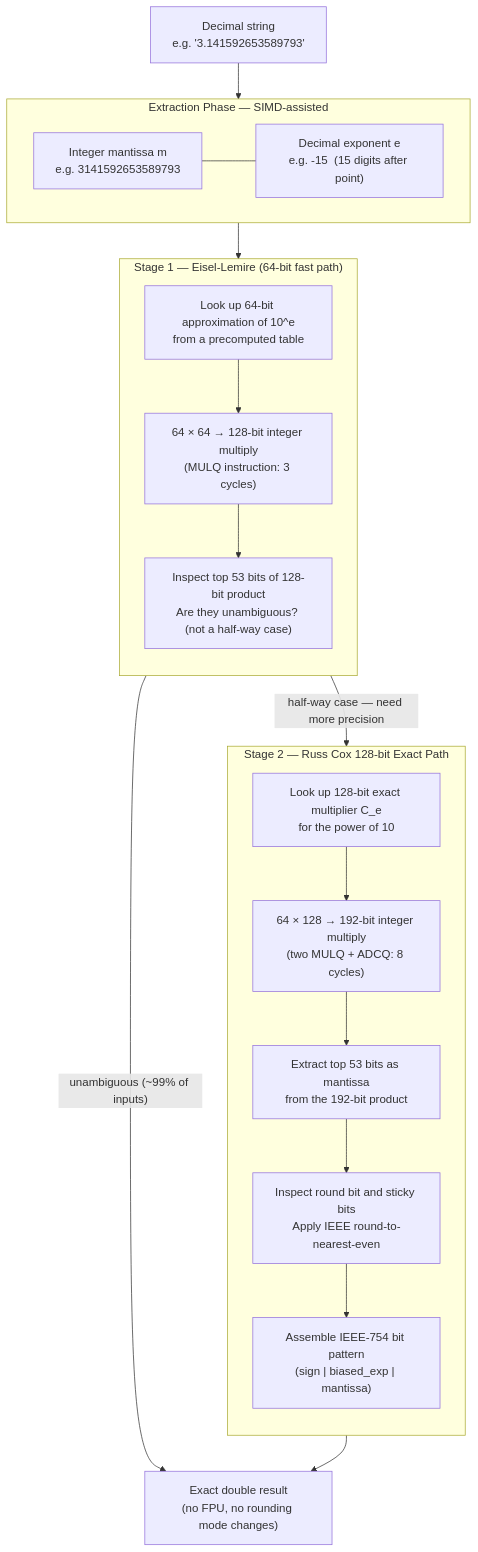
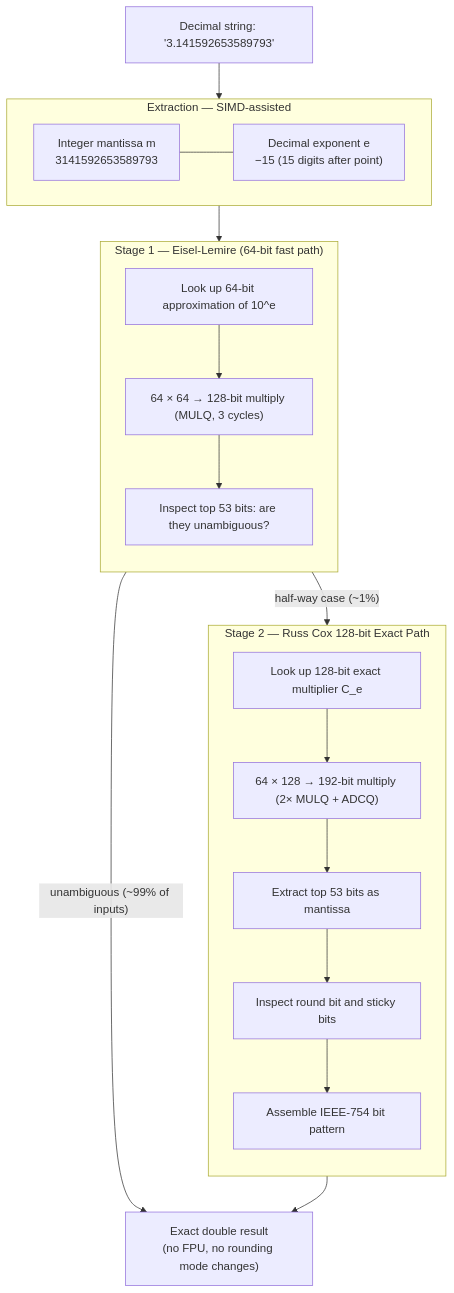
Before and after one commit to the-lkb/beast-json: the third of 8 diagrams in docs/theory/russ-cox.md, drawn with Mermaid. The commit also changed other lines of this file and 4 other files, not shown here.

````diff
--- a/docs/theory/russ-cox.md
+++ b/docs/theory/russ-cox.md
@@ -59,37 +54,36 @@
 ```mermaid
 flowchart TB
-    INPUT["Decimal string\ne.g. '3.141592653589793'"]
+    INPUT["Decimal string: '3.141592653589793'"]
 
-    subgraph EXTRACT["Extraction Phase — SIMD-assisted"]
+    subgraph EXTRACT["Extraction — SIMD-assisted"]
         direction LR
-        EM["Integer mantissa m\ne.g. 3141592653589793"]
-        EE["Decimal exponent e\ne.g. -15  (15 digits after point)"]
+        EM["Integer mantissa m<br/>3141592653589793"]
+        EE["Decimal exponent e<br/>−15 (15 digits after point)"]
         EM --- EE
     end
 
     subgraph T1["Stage 1 — Eisel-Lemire (64-bit fast path)"]
         direction TB
-        EL1["Look up 64-bit approximation of 10^e\nfrom a precomputed table"]
-        EL2["64 × 64 → 128-bit integer multiply\n(MULQ instruction: 3 cycles)"]
-        EL3["Inspect top 53 bits of 128-bit product\nAre they unambiguous? (not a half-way case)"]
+        EL1["Look up 64-bit approximation of 10^e"]
+        EL2["64 × 64 → 128-bit multiply (MULQ, 3 cycles)"]
+        EL3["Inspect top 53 bits: are they unambiguous?"]
         EL1 --> EL2 --> EL3
     end
 
     subgraph T2["Stage 2 — Russ Cox 128-bit Exact Path"]
         direction TB
-        RC1["Look up 128-bit exact multiplier C_e\nfor the power of 10"]
-        RC2["64 × 128 → 192-bit integer multiply\n(two MULQ + ADCQ: 8 cycles)"]
-        RC3["Extract top 53 bits as mantissa\nfrom the 192-bit product"]
-        RC4["Inspect round bit and sticky bits\nApply IEEE round-to-nearest-even"]
-        RC5["Assemble IEEE-754 bit pattern\n(sign | biased_exp | mantissa)"]
+        RC1["Look up 128-bit exact multiplier C_e"]
+        RC2["64 × 128 → 192-bit multiply (2× MULQ + ADCQ)"]
+        RC3["Extract top 53 bits as mantissa"]
+        RC4["Inspect round bit and sticky bits"]
+        RC5["Assemble IEEE-754 bit pattern"]
         RC1 --> RC2 --> RC3 --> RC4 --> RC5
     end
 
-    RESULT["Exact double result\n(no FPU, no rounding mode changes)"]
+    RESULT["Exact double result<br/>(no FPU, no rounding mode changes)"]
 
-    INPUT --> EXTRACT
-    EXTRACT --> T1
+    INPUT --> EXTRACT --> T1
     T1 -->|"unambiguous (~99% of inputs)"| RESULT
-    T1 -->|"half-way case — need more precision"| T2
+    T1 -->|"half-way case (~1%)"| T2
     T2 --> RESULT
 ```
````
